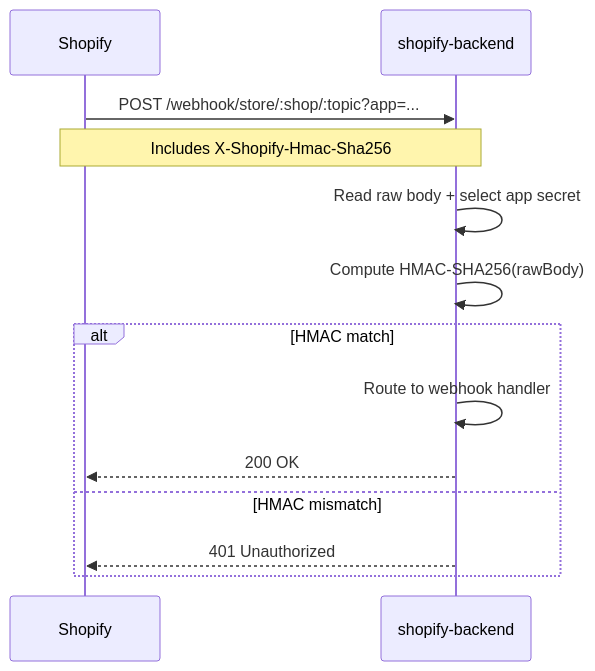
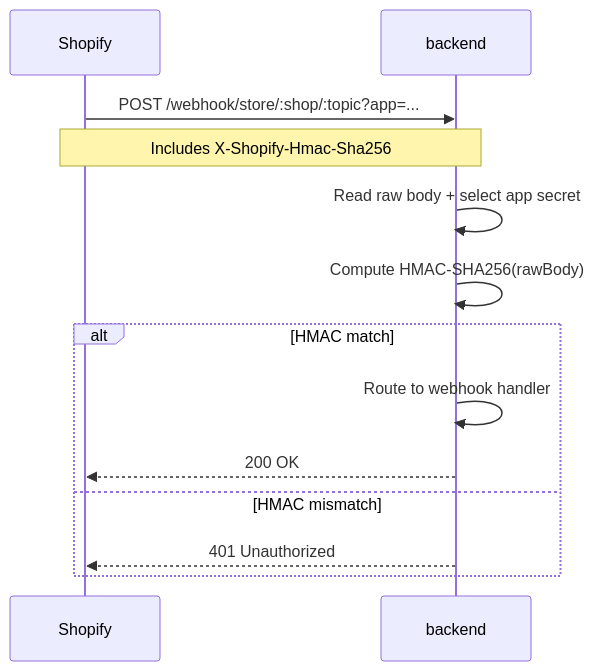
The third of 4 diagrams in docs/02-architecture/authentication.md (princesaliya4922/fynd-logistics-docs), drawn with Mermaid before and after one commit. The commit also changed other lines of this file and 6 other files, not shown here.

Commit message:
Update documentation in Fynd Shopify ecosystem: standardize references to 'backend' across various diagrams and sequences, replacing 'shopify-backend' for consistency and clarity in architecture and flow descriptions.

````diff
--- a/docs/02-architecture/authentication.md
+++ b/docs/02-architecture/authentication.md
@@ -99,16 +99,16 @@
 ```mermaid
 sequenceDiagram
     participant Shopify
-    participant B as shopify-backend
+    participant B as backend
 
     Shopify->>B: POST /webhook/store/:shop/:topic?app=...
     Note over Shopify,B: Includes X-Shopify-Hmac-Sha256
     B->>B: Read raw body + select app secret
     B->>B: Compute HMAC-SHA256(rawBody)
     alt HMAC match
         B->>B: Route to webhook handler
         B-->>Shopify: 200 OK
     else HMAC mismatch
         B-->>Shopify: 401 Unauthorized
     end
 ```
````
